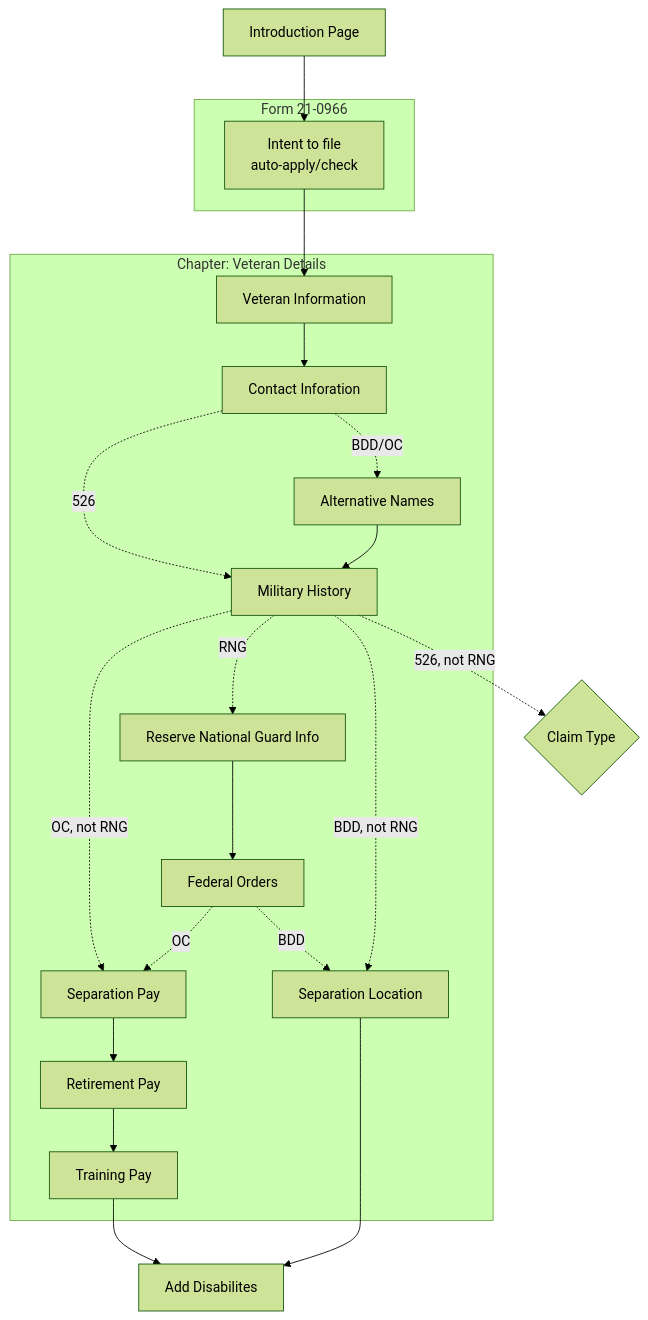
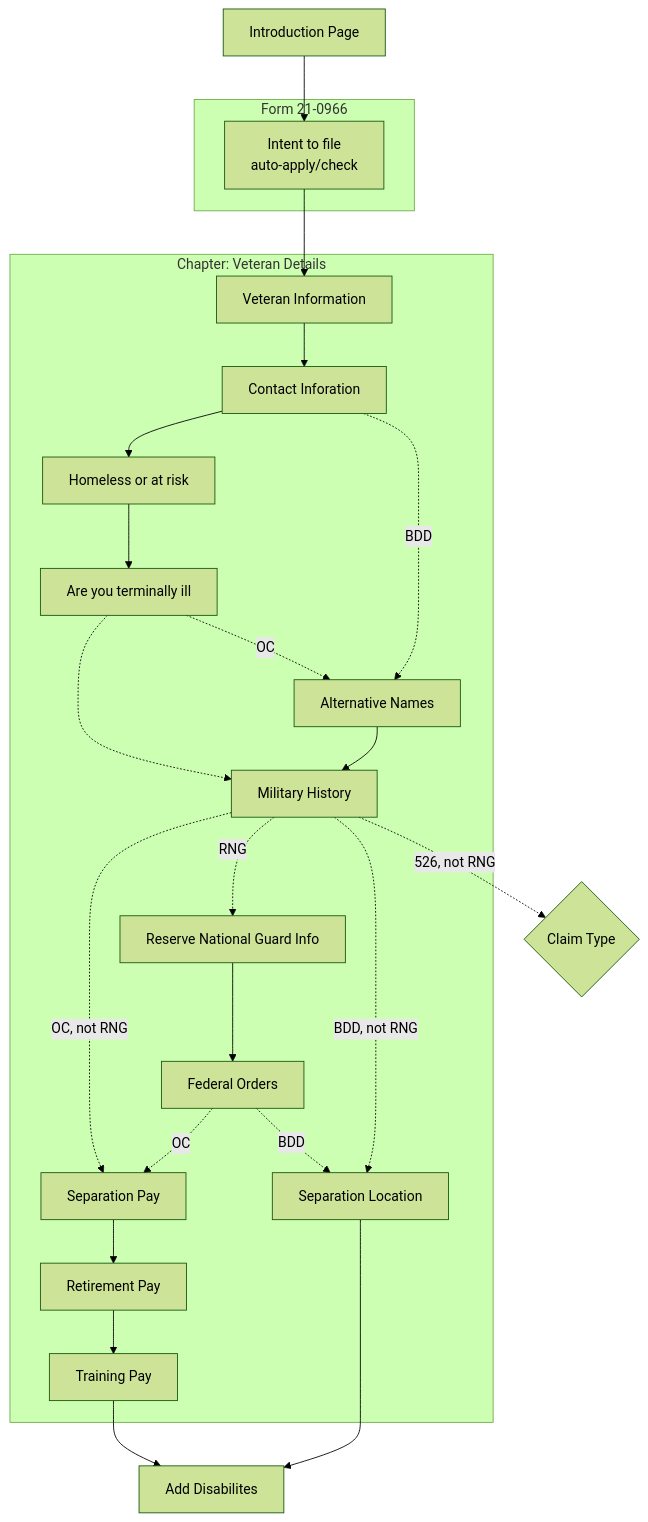
One commit to department-of-veterans-affairs/va.gov-team changed the third of 8 diagrams in products/disability/526ez/526-overall-flow.md. Above: the diagram before and after it, drawn with Mermaid (forest theme). The commit also changed other lines of this file, not shown here.

Commit message:
60662 Update 526 flow diagrams for paper sync

````diff
--- a/products/disability/526ez/526-overall-flow.md
+++ b/products/disability/526ez/526-overall-flow.md
@@ -75,42 +75,45 @@
 ```mermaid
 graph TD
 
     Intro[Introduction Page] --> ITF[Intent to file<br>auto-apply/check]
 
     subgraph ITFForm [Form 21-0966]
 
     ITF
 
     end
 
     ITF --> VetInfo[Veteran Information]
 
     subgraph ChapterDetails [Chapter: Veteran Details]
 
     VetInfo --> ContactInfo[Contact Inforation]
-    ContactInfo -. BDD/OC .-> AltNames[Alternative Names]
-    ContactInfo -. 526 .-> MilitaryHx
-
+    ContactInfo --> Homeless[Homeless or at risk]
+    Homeless --> TerminallyIll[Are you terminally ill]
+    TerminallyIll -. OC .-> AltNames[Alternative Names]
+    ContactInfo -. BDD .-> AltNames
+    TerminallyIll .-> MilitaryHx
     AltNames --> MilitaryHx[Military History]
-
+    
+    
     MilitaryHx -. RNG .-> ReserveNG[Reserve National Guard Info]
     MilitaryHx -. OC, not RNG .-> PaySep
     ReserveNG --> FedOrders[Federal Orders]
 
     %% BDD only
     SepLocation[Separation Location]
     FedOrders -. BDD .-> SepLocation
     MilitaryHx -. BDD, not RNG .-> SepLocation
 
     %% 526/OC (no rated disabilities, not BDD)
     FedOrders -. OC .-> PaySep[Separation Pay]
 
     PaySep --> PayRetirement[Retirement Pay]
     PayRetirement --> PayTraining[Training Pay]
 
     end
 
     PayTraining --> AddDisabilities[Add Disabilites]
     SepLocation --> AddDisabilities
     MilitaryHx -. 526, not RNG .-> ClaimType{Claim Type}
 ```
````
